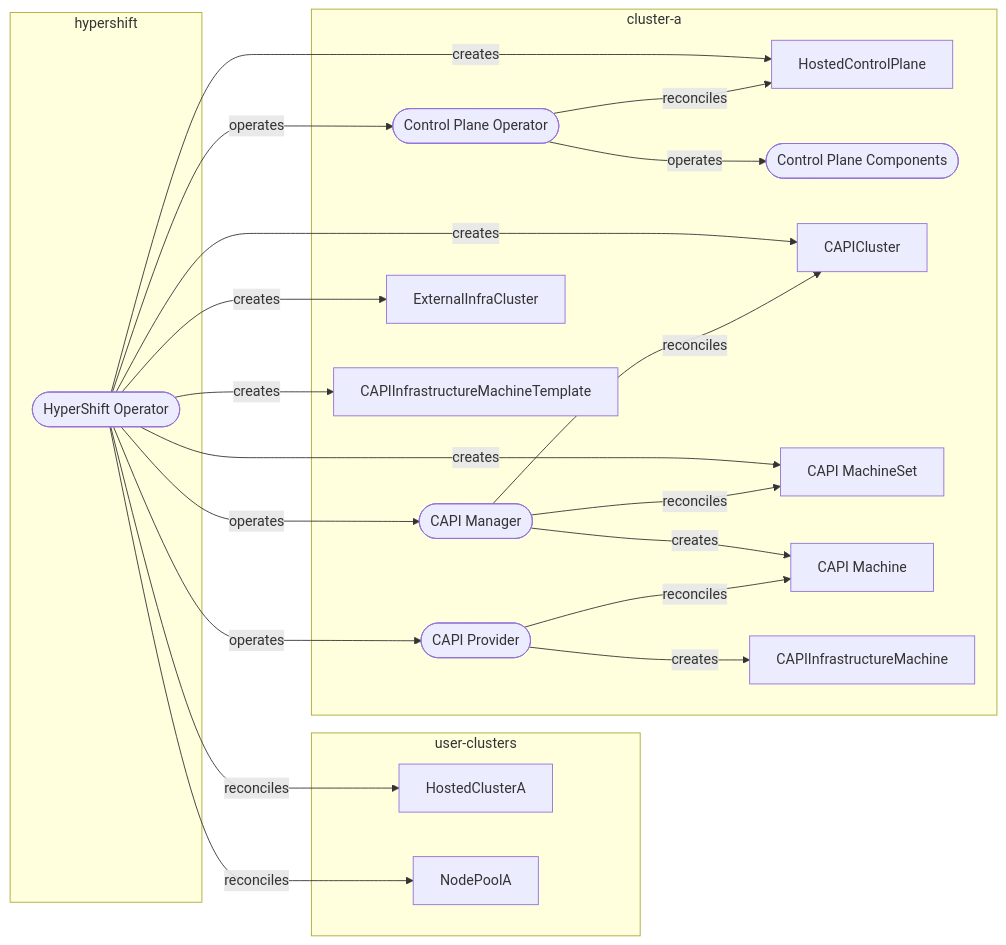
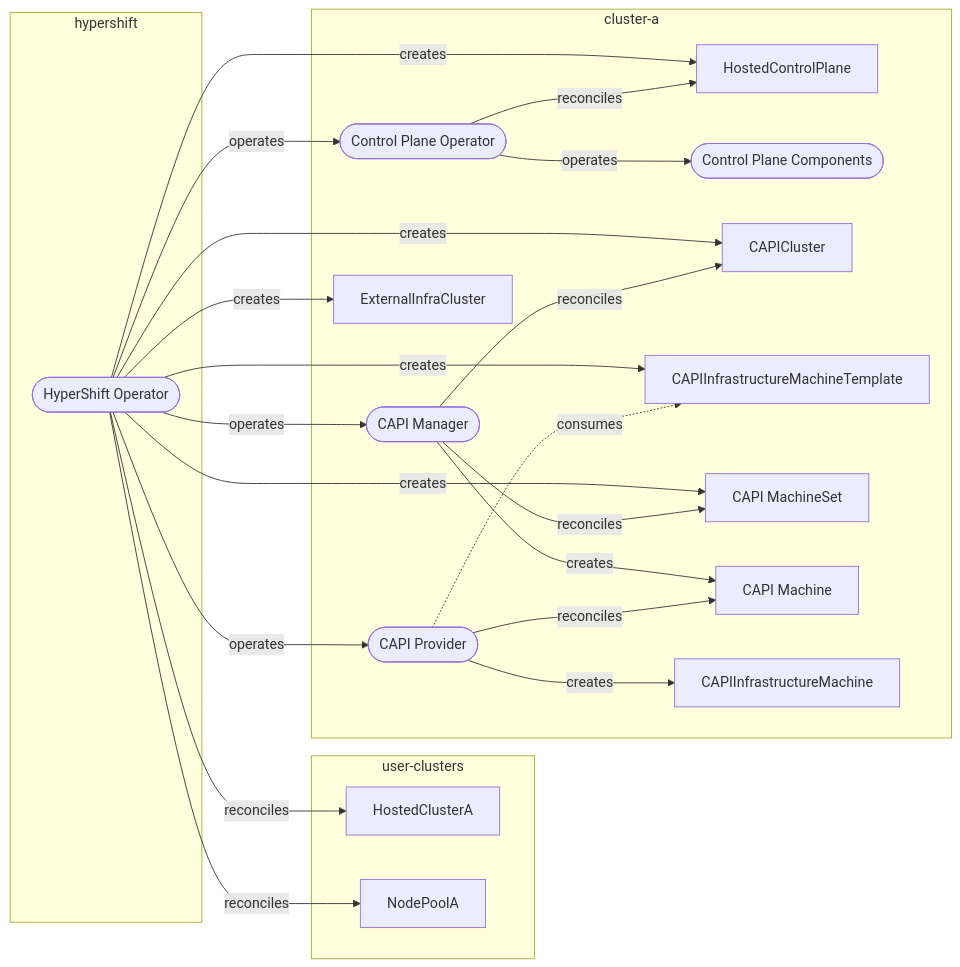
The first of 8 diagrams in docs/content/reference/controller-architecture.md (openshift/hypershift), drawn with Mermaid before and after one commit. The commit also changed other lines of this file and 1 other file, not shown here.

First line of the commit message:
docs: extend controller architecture diagram with consumes relationship

````diff
--- a/docs/content/reference/controller-architecture.md
+++ b/docs/content/reference/controller-architecture.md
@@ -13,52 +17,53 @@
 ```mermaid
 flowchart LR
   subgraph hypershift
     cluster-operator([HyperShift Operator])
   end
 
   subgraph user-clusters
     HostedClusterA
     NodePoolA
   end
 
   subgraph cluster-a
     control-plane-operator([Control Plane Operator])
 
     capi-manager([CAPI Manager])
     capi-provider([CAPI Provider])
 
     HostedControlPlane
     ExternalInfraCluster
 
     cp-components([Control Plane Components])
 
     capi-cluster[CAPICluster]
 
     capi-machine-template[CAPIInfrastructureMachineTemplate]
     capi-machineset[CAPI MachineSet]
     capi-machine[CAPI Machine]
     capi-provider-machine[CAPIInfrastructureMachine]
   end
 
   cluster-operator-->|reconciles|HostedClusterA
   cluster-operator-->|operates|control-plane-operator
   cluster-operator-->|operates|capi-manager
   cluster-operator-->|operates|capi-provider
   cluster-operator-->|creates|HostedControlPlane
   cluster-operator-->|creates|capi-cluster
   cluster-operator-->|creates|ExternalInfraCluster
   cluster-operator-->|reconciles|NodePoolA
   cluster-operator-->|creates|capi-machine-template
   cluster-operator-->|creates|capi-machineset
 
   control-plane-operator-->|operates|cp-components
 
   control-plane-operator-->|reconciles|HostedControlPlane
 
   capi-manager-->|reconciles|capi-cluster
   capi-manager-->|reconciles|capi-machineset
   capi-manager-->|creates|capi-machine
 
   capi-provider-->|reconciles|capi-machine
   capi-provider-->|creates|capi-provider-machine
+  capi-provider-.->|consumes|capi-machine-template
 ```
````
